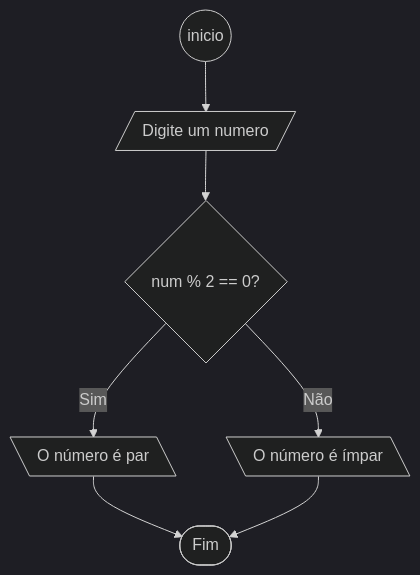
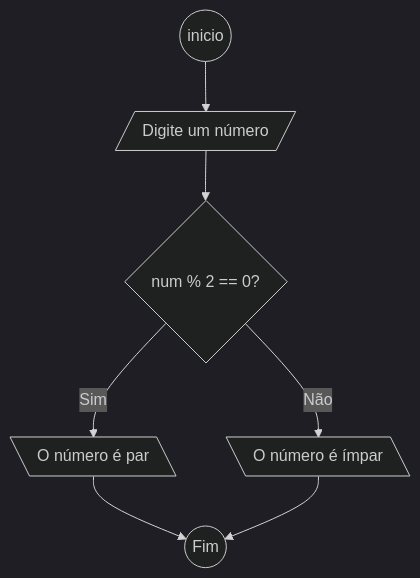
The diagram in CAINA/fluxograma/ativid9.md (nickddb/senai---atividades), drawn with Mermaid (dark theme) before and after one commit. The commit also changed 8 other files, not shown here.

````diff
--- a/CAINA/fluxograma/ativid9.md
+++ b/CAINA/fluxograma/ativid9.md
@@ -1,11 +1,11 @@
 ```mermaid
     flowchart TD
-    start((inicio)) --> input[/Digite um numero/]
+    start((inicio)) --> input[/Digite um número/]
     input --> verification{num % 2 == 0?}
-
+ 
      verification --> |Sim| S[\O número é par\]
      verification --> |Não| N[\O número é ímpar\]
 
-     S --> finish([Fim])
+     S --> finish(( Fim ))
      N --> finish
 ```
````
